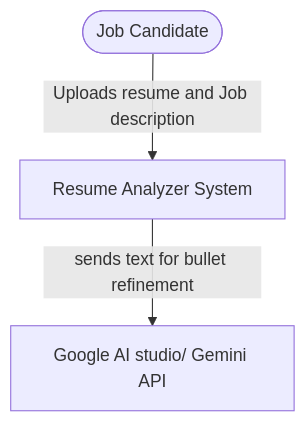
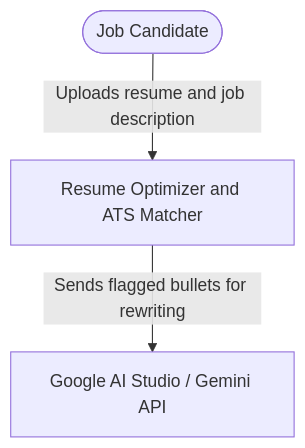
One commit to kummarimonisha/cen5064-project-kummari changed the first of 4 diagrams in README.md. Above: the diagram before and after it, drawn with Mermaid. The commit also changed other lines of this file and 2 other files, not shown here.

````diff
--- a/README.md
+++ b/README.md
@@ -73,6 +130,5 @@
 ```mermaid
-%% Replace this placeholder with YOUR system's context diagram.
 flowchart TB
-    user([Job Candidate]) -->|Uploads resume and Job description| system[Resume Analyzer System]
-    system -->|sends text for bullet refinement| gemini[Google AI studio/ Gemini API]
+    user([Job Candidate]) -->|Uploads resume and job description| system[Resume Optimizer and ATS Matcher]
+    system -->|Sends flagged bullets for rewriting| gemini[Google AI Studio / Gemini API]
 ```
````
